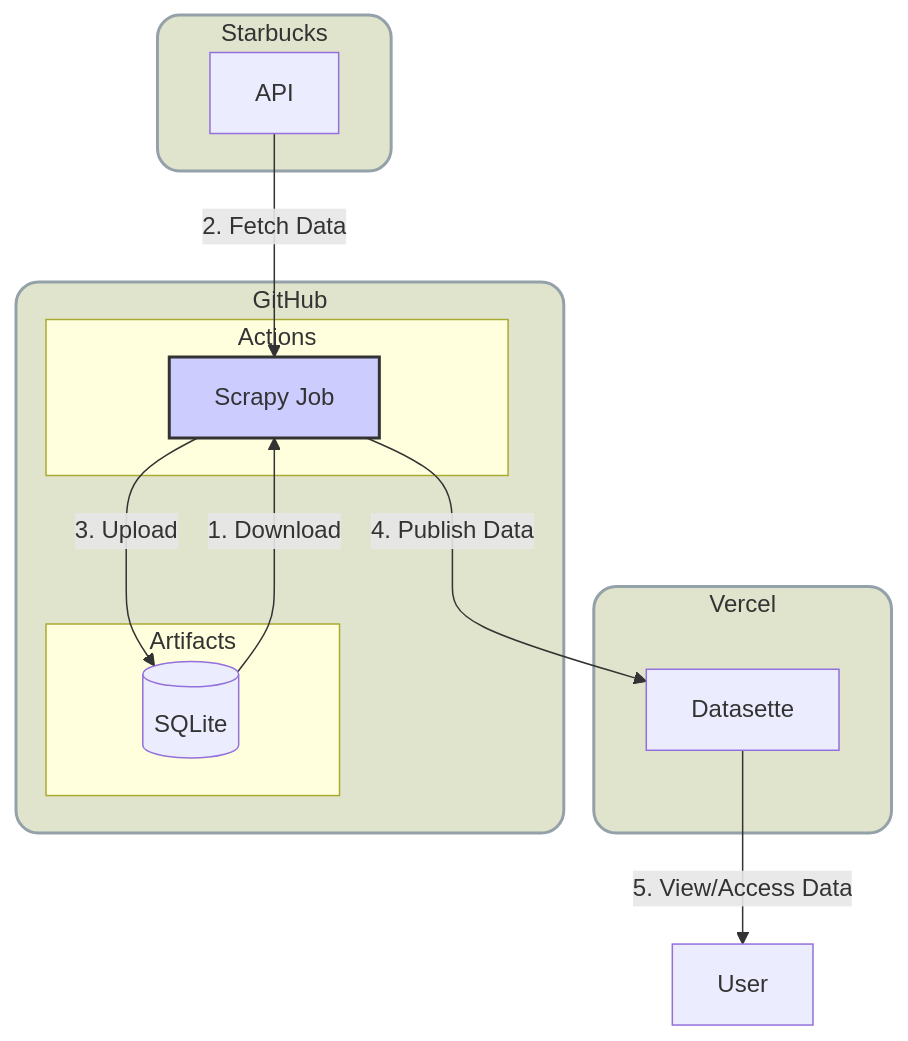
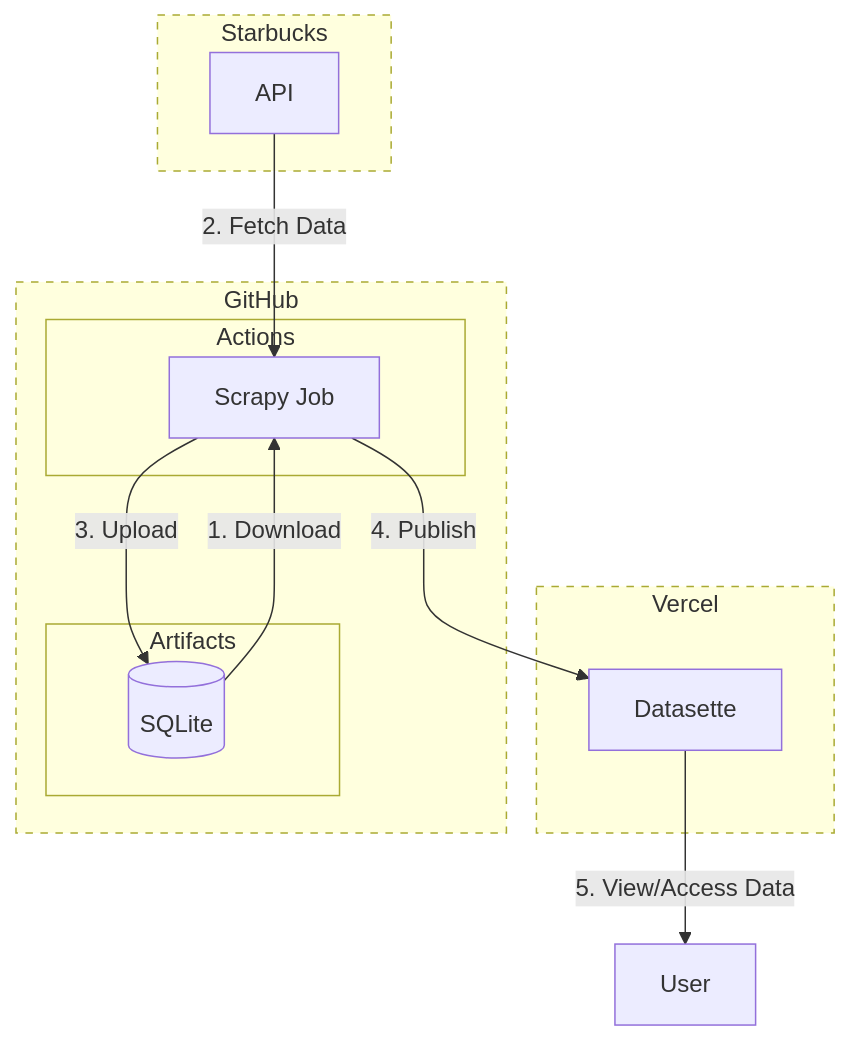
One commit to ngshiheng/starbucksdb changed the first of 2 diagrams in README.md. Above: the diagram before and after it, drawn with Mermaid.

Commit message:
docs: apply dotted line styles to major components

````diff
--- a/README.md
+++ b/README.md
@@ -9,36 +9,34 @@
 ```mermaid
 graph TB
-    %% Define styles
-    classDef cloudStyle fill:#e0e4cc,stroke:#94a1a9,stroke-width:2px,rx:15,ry:15;
-    classDef actions fill:#ccf,stroke:#333,stroke-width:2px;
-
     subgraph Vercel
         deployment[Datasette]
         class deployment vercel;
     end
 
     subgraph GitHub
         subgraph Actions
             scraper[Scrapy Job]
             class scraper actions;
         end
         subgraph Artifacts
             db[(SQLite)]
             class db artifacts;
         end
     end
 
     subgraph Starbucks
         api[API]
         class api starbucks;
     end
 
     db --> |1. Download| scraper
     api --> |2. Fetch Data| scraper
     scraper --> |3. Upload| db
-    scraper --> |4. Publish Data| deployment
+    scraper --> |4. Publish| deployment
     deployment --> |5. View/Access Data| client[User]
 
-    %% Apply cloud styles
-    class Vercel,GitHub,Starbucks cloudStyle;
+    %% Apply dotted line styles
+    style Vercel stroke-dasharray: 5 5;
+    style GitHub stroke-dasharray: 5 5;
+    style Starbucks stroke-dasharray: 5 5;
 ```
````
